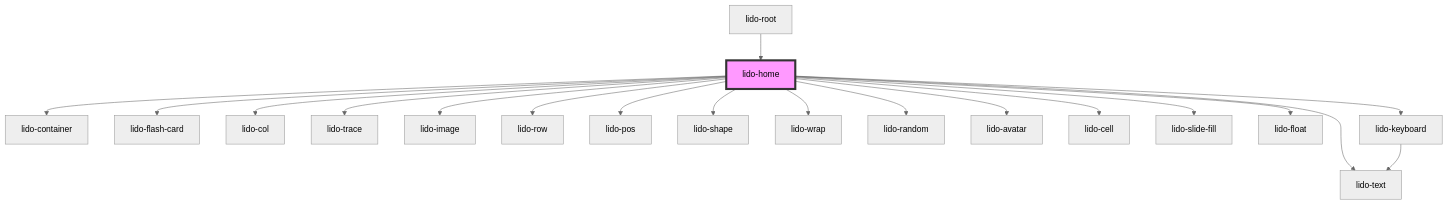
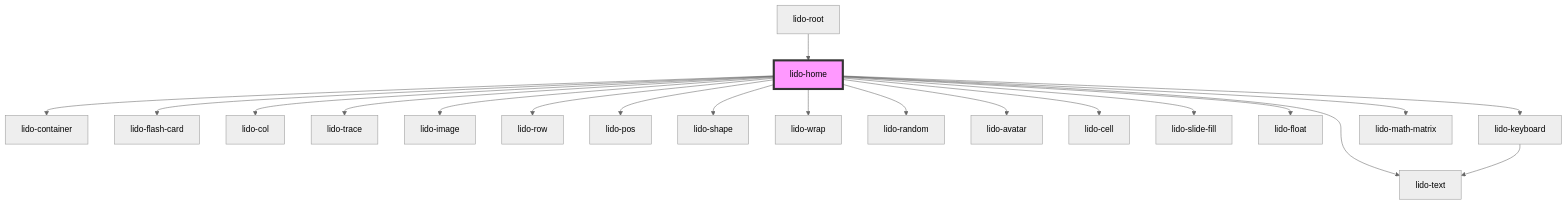
Before and after one commit to chimple/lido-player: the diagram in src/components/home/readme.md, drawn with Mermaid (neutral theme). The commit also changed other lines of this file and 7 other files, not shown here.

Commit message:
Created lido-math-matrix component

````diff
--- a/src/components/home/readme.md
+++ b/src/components/home/readme.md
@@ -51,22 +52,23 @@
 ```mermaid
 graph TD;
   lido-home --> lido-container
   lido-home --> lido-flash-card
   lido-home --> lido-col
   lido-home --> lido-trace
   lido-home --> lido-image
   lido-home --> lido-row
   lido-home --> lido-text
   lido-home --> lido-pos
   lido-home --> lido-shape
   lido-home --> lido-wrap
   lido-home --> lido-random
   lido-home --> lido-avatar
   lido-home --> lido-cell
   lido-home --> lido-slide-fill
   lido-home --> lido-float
   lido-home --> lido-keyboard
+  lido-home --> lido-math-matrix
   lido-keyboard --> lido-text
   lido-root --> lido-home
   style lido-home fill:#f9f,stroke:#333,stroke-width:4px
 ```
````
